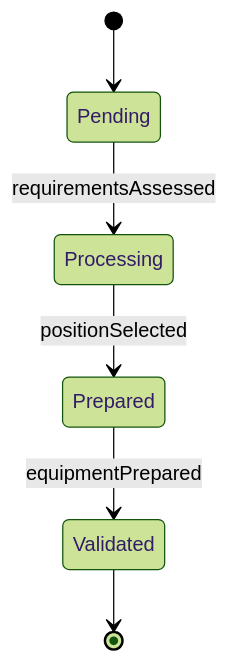
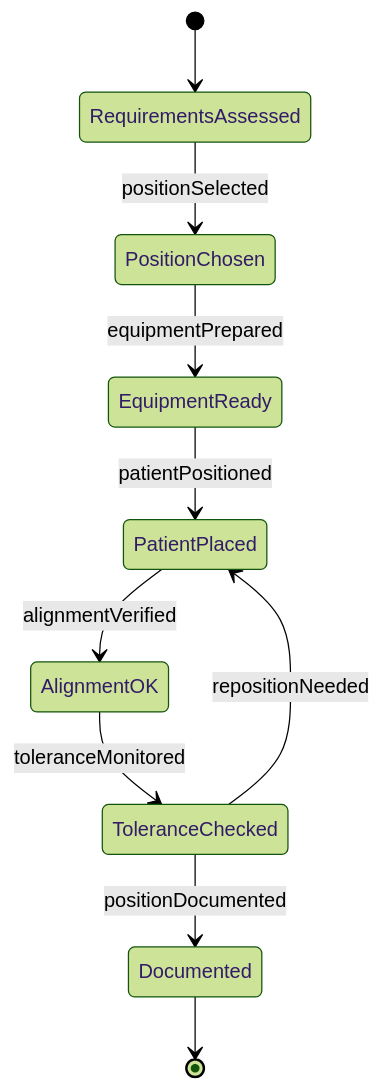
Before and after one commit to dot-org-ai/tasks.org.ai: the second of 4 diagrams in AssistingAndCaringForOthers/AssistHealthcarePractitionersDuringMedicalProcedures/PositionPatientsTreatmentExamination.mdx, drawn with Mermaid (forest theme). The commit also changed other lines of this file and 32 other files, not shown here.

First line of the commit message:
fix: Improve ER and State diagrams in 32 AssistingAndCaringForOthers DWA files

````diff
--- a/AssistingAndCaringForOthers/AssistHealthcarePractitionersDuringMedicalProcedures/PositionPatientsTreatmentExamination.mdx
+++ b/AssistingAndCaringForOthers/AssistHealthcarePractitionersDuringMedicalProcedures/PositionPatientsTreatmentExamination.mdx
@@ -99,8 +99,12 @@
 ```mermaid
 stateDiagram-v2
-    [*] --> Pending
-    Pending --> Processing : requirementsAssessed
-    Processing --> Prepared : positionSelected
-    Prepared --> Validated : equipmentPrepared
-    Validated --> [*]
+    [*] --> RequirementsAssessed
+    RequirementsAssessed --> PositionChosen : positionSelected
+    PositionChosen --> EquipmentReady : equipmentPrepared
+    EquipmentReady --> PatientPlaced : patientPositioned
+    PatientPlaced --> AlignmentOK : alignmentVerified
+    AlignmentOK --> ToleranceChecked : toleranceMonitored
+    ToleranceChecked --> PatientPlaced : repositionNeeded
+    ToleranceChecked --> Documented : positionDocumented
+    Documented --> [*]
 ```
````
